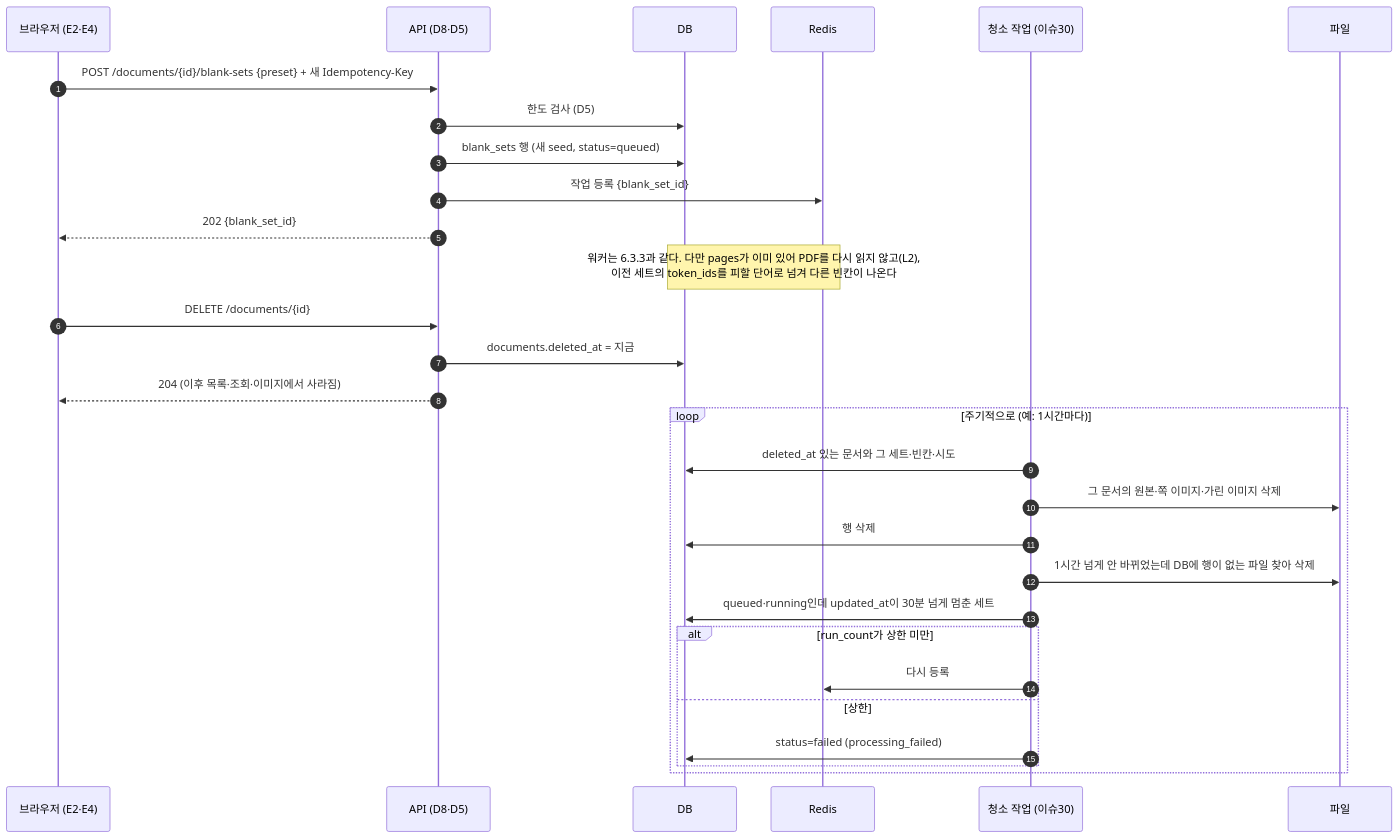
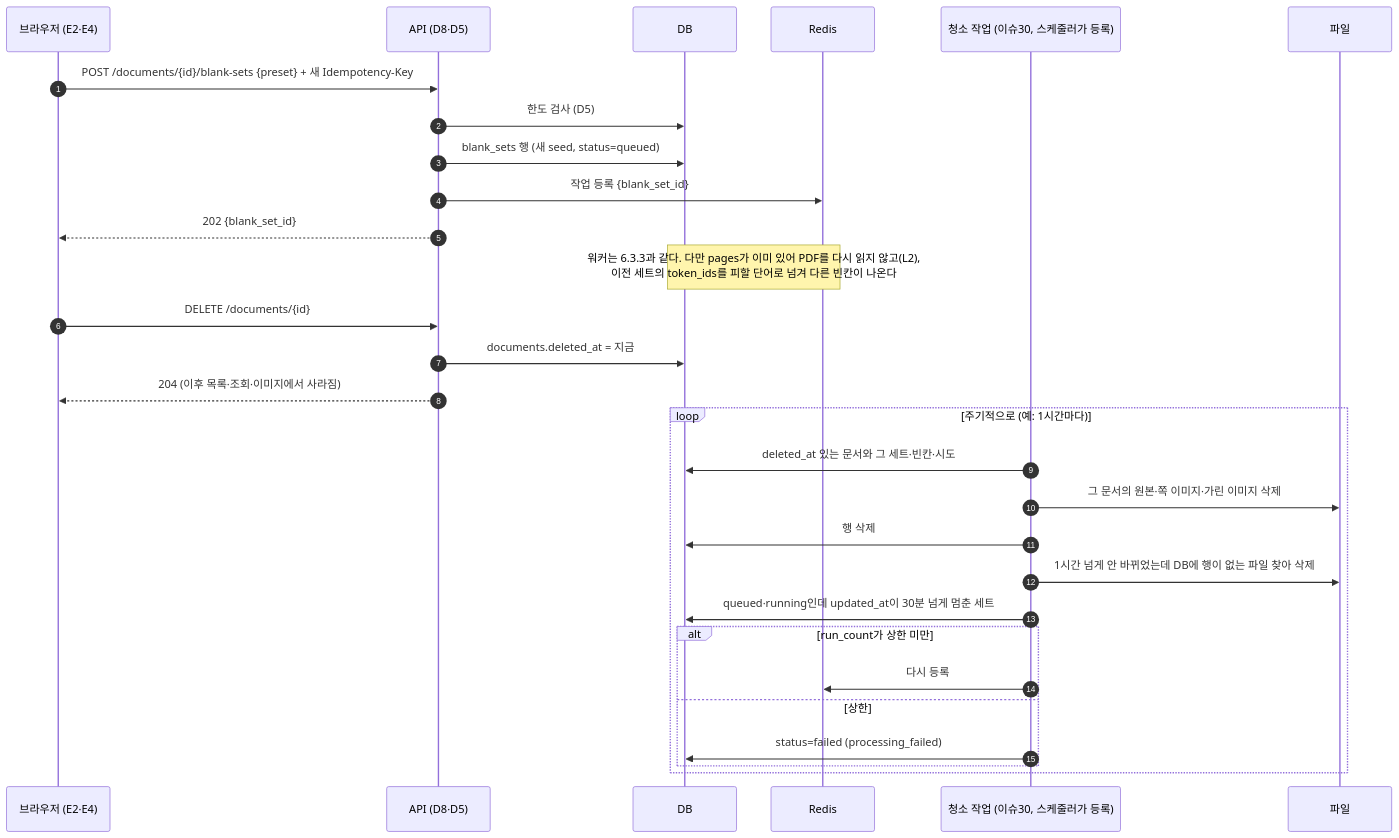
Diagram 11 of 12 in docs/이슈-해설서.md (best-vibing/cloze), drawn with Mermaid before and after one commit. The commit also changed other lines of this file and 3 other files, not shown here.

````diff
--- a/docs/이슈-해설서.md
+++ b/docs/이슈-해설서.md
@@ -1056,34 +1055,34 @@
 ```mermaid
 sequenceDiagram
     autonumber
     participant B as 브라우저 (E2·E4)
     participant API as API (D8·D5)
     participant DB as DB
     participant R as Redis
-    participant C as 청소 작업 (이슈30)
+    participant C as 청소 작업 (이슈30, 스케줄러가 등록)
     participant FS as 파일
 
     B->>API: POST /documents/{id}/blank-sets {preset} + 새 Idempotency-Key
     API->>DB: 한도 검사 (D5)
     API->>DB: blank_sets 행 (새 seed, status=queued)
     API->>R: 작업 등록 {blank_set_id}
     API-->>B: 202 {blank_set_id}
     Note over R,DB: 워커는 6.3.3과 같다. 다만 pages가 이미 있어 PDF를 다시 읽지 않고(L2),<br/>이전 세트의 token_ids를 피할 단어로 넘겨 다른 빈칸이 나온다
 
     B->>API: DELETE /documents/{id}
     API->>DB: documents.deleted_at = 지금
     API-->>B: 204 (이후 목록·조회·이미지에서 사라짐)
 
     loop 주기적으로 (예: 1시간마다)
         C->>DB: deleted_at 있는 문서와 그 세트·빈칸·시도
         C->>FS: 그 문서의 원본·쪽 이미지·가린 이미지 삭제
         C->>DB: 행 삭제
         C->>FS: 1시간 넘게 안 바뀌었는데 DB에 행이 없는 파일 찾아 삭제
         C->>DB: queued·running인데 updated_at이 30분 넘게 멈춘 세트
         alt run_count가 상한 미만
             C->>R: 다시 등록
         else 상한
             C->>DB: status=failed (processing_failed)
         end
     end
 ```
````
